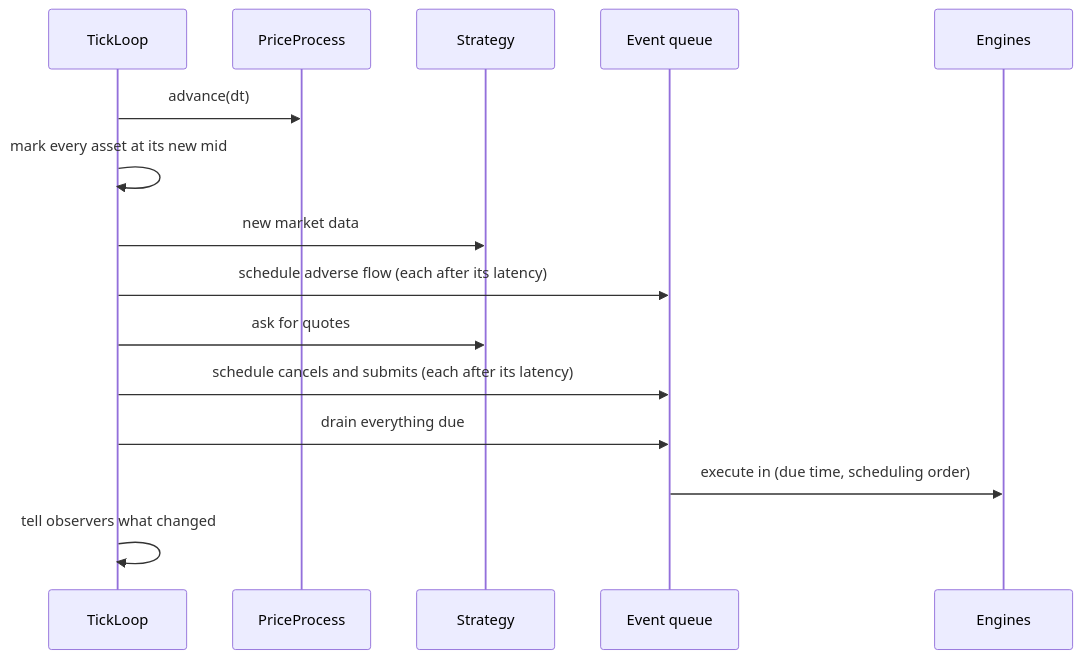
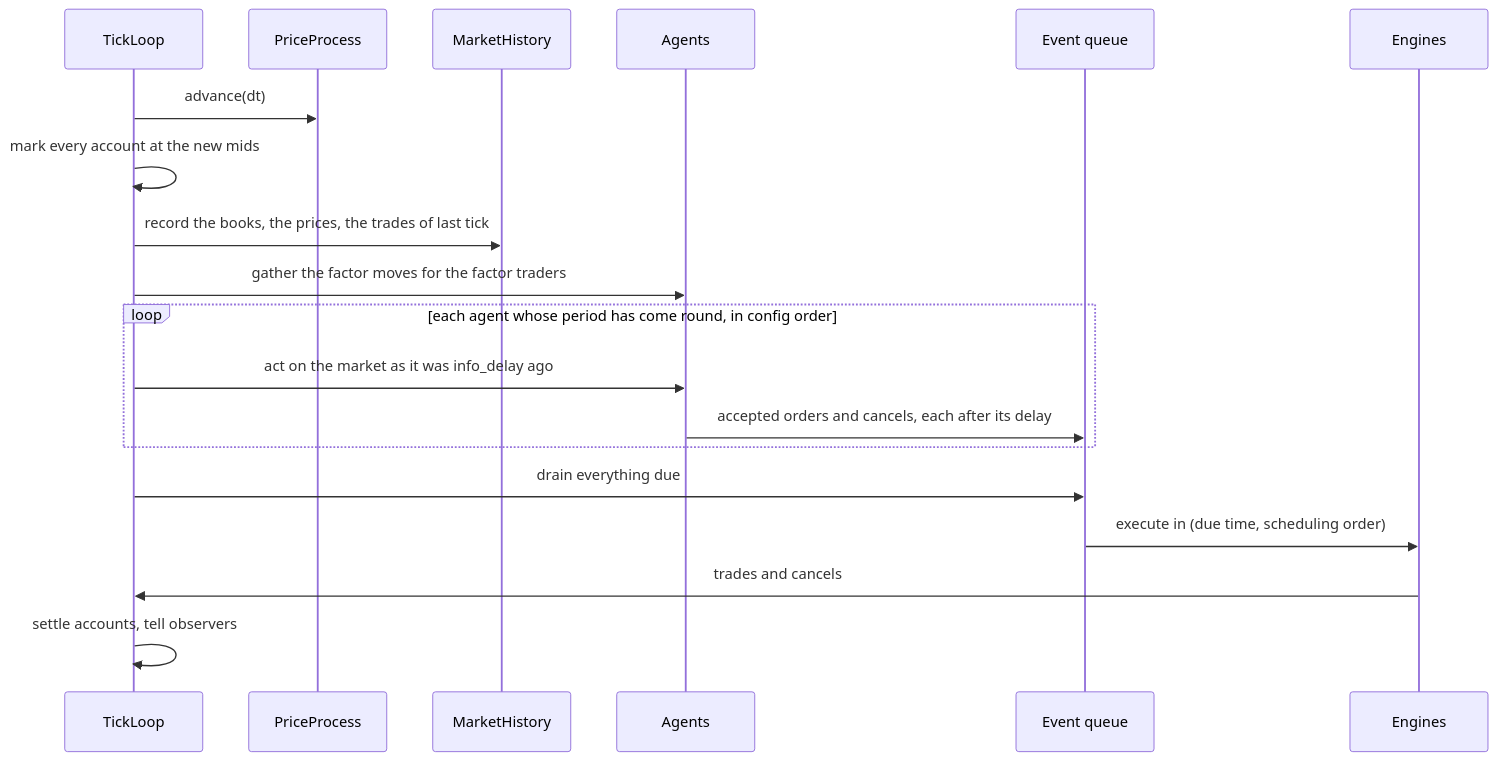
The second of 2 diagrams in docs/architecture/simulation-loop.md (GuillaumeLaurin/MarketMakingSimulator), drawn with Mermaid before and after one commit. The commit also changed other lines of this file and 137 other files, not shown here.

Commit message:
feat(agents): add the agents module and make the engine multi-agent (#21)

````diff
--- a/docs/architecture/simulation-loop.md
+++ b/docs/architecture/simulation-loop.md
@@ -49,18 +63,22 @@
 ```mermaid
 sequenceDiagram
     participant L as TickLoop
     participant P as PriceProcess
-    participant S as Strategy
+    participant H as MarketHistory
+    participant A as Agents
     participant Q as Event queue
     participant E as Engines
 
     L->>P: advance(dt)
-    L->>L: mark every asset at its new mid
-    L->>S: new market data
-    L->>Q: schedule adverse flow (each after its latency)
-    L->>S: ask for quotes
-    L->>Q: schedule cancels and submits (each after its latency)
+    L->>L: mark every account at the new mids
+    L->>H: record the books, the prices, the trades of last tick
+    L->>A: gather the factor moves for the factor traders
+    loop each agent whose period has come round, in config order
+        L->>A: act on the market as it was info_delay ago
+        A->>Q: accepted orders and cancels, each after its delay
+    end
     L->>Q: drain everything due
     Q->>E: execute in (due time, scheduling order)
-    L->>L: tell observers what changed
+    E->>L: trades and cancels
+    L->>L: settle accounts, tell observers
 ```
````
